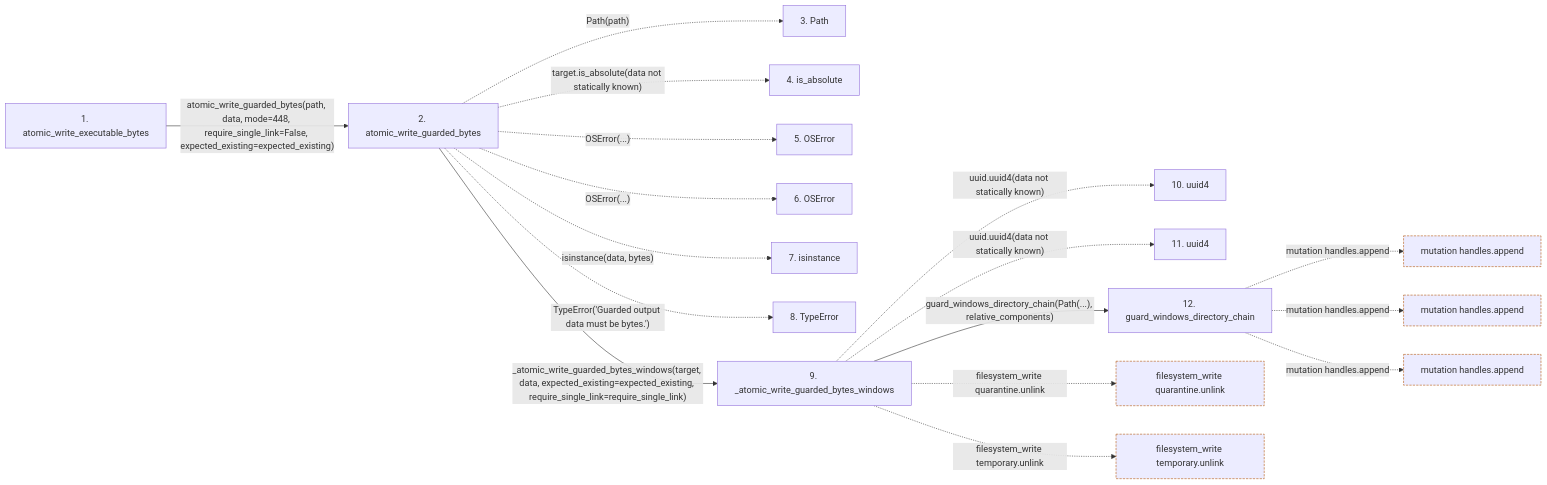
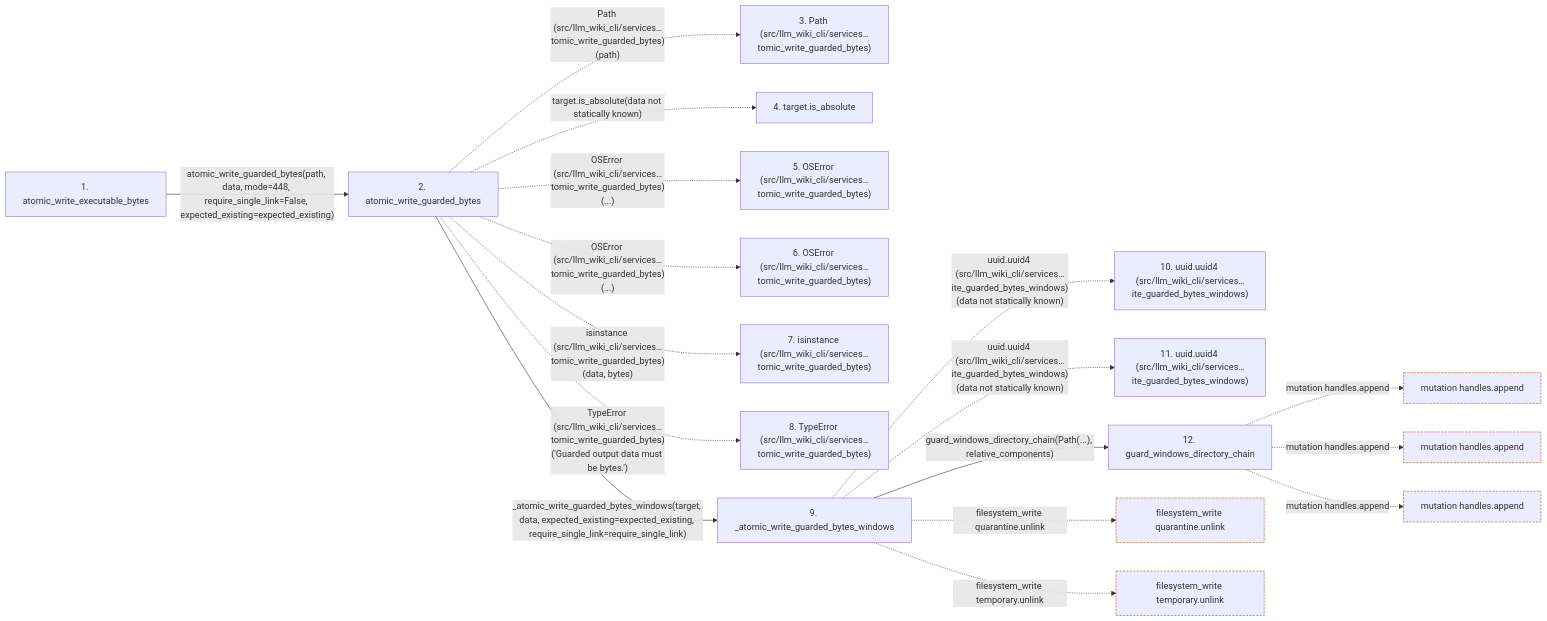
The second of 2 diagrams in docs/llm_wiki/flows/api-atomic_write_executable_bytes.md (Denissvgn/python-wiki-llm), drawn with Mermaid before and after one commit. The commit also changed other lines of this file and 719 other files, not shown here.

````diff
--- a/docs/llm_wiki/flows/api-atomic_write_executable_bytes.md
+++ b/docs/llm_wiki/flows/api-atomic_write_executable_bytes.md
@@ -74,46 +77,46 @@
 ```mermaid
 flowchart LR
     s1["1. atomic_write_executable_bytes"]
     s2["2. atomic_write_guarded_bytes"]
-    s3["3. Path"]
-    s4["4. is_absolute"]
-    s5["5. OSError"]
-    s6["6. OSError"]
-    s7["7. isinstance"]
-    s8["8. TypeError"]
+    s3["3. Path (src/llm_wiki_cli/services…tomic_write_guarded_bytes)"]
+    s4["4. target.is_absolute"]
+    s5["5. OSError (src/llm_wiki_cli/services…tomic_write_guarded_bytes)"]
+    s6["6. OSError (src/llm_wiki_cli/services…tomic_write_guarded_bytes)"]
+    s7["7. isinstance (src/llm_wiki_cli/services…tomic_write_guarded_bytes)"]
+    s8["8. TypeError (src/llm_wiki_cli/services…tomic_write_guarded_bytes)"]
     s9["9. _atomic_write_guarded_bytes_windows"]
-    s10["10. uuid4"]
-    s11["11. uuid4"]
+    s10["10. uuid.uuid4 (src/llm_wiki_cli/services…ite_guarded_bytes_windows)"]
+    s11["11. uuid.uuid4 (src/llm_wiki_cli/services…ite_guarded_bytes_windows)"]
     s12["12. guard_windows_directory_chain"]
     s1 -->|"atomic_write_guarded_bytes(path, data, mode=448, require_single_link=False, expected_existing=expected_existing)"| s2
-    s2 -. "Path(path)" .-> s3
+    s2 -. "Path (src/llm_wiki_cli/services…tomic_write_guarded_bytes)(path)" .-> s3
     s2 -. "target.is_absolute(data not statically known)" .-> s4
-    s2 -. "OSError(...)" .-> s5
-    s2 -. "OSError(...)" .-> s6
-    s2 -. "isinstance(data, bytes)" .-> s7
-    s2 -. "TypeError('Guarded output data must be bytes.')" .-> s8
+    s2 -. "OSError (src/llm_wiki_cli/services…tomic_write_guarded_bytes)(...)" .-> s5
+    s2 -. "OSError (src/llm_wiki_cli/services…tomic_write_guarded_bytes)(...)" .-> s6
+    s2 -. "isinstance (src/llm_wiki_cli/services…tomic_write_guarded_bytes)(data, bytes)" .-> s7
+    s2 -. "TypeError (src/llm_wiki_cli/services…tomic_write_guarded_bytes)('Guarded output data must be bytes.')" .-> s8
     s2 -->|"_atomic_write_guarded_bytes_windows(target, data, expected_existing=expected_existing, require_single_link=require_single_link)"| s9
-    s9 -. "uuid.uuid4(data not statically known)" .-> s10
-    s9 -. "uuid.uuid4(data not statically known)" .-> s11
+    s9 -. "uuid.uuid4 (src/llm_wiki_cli/services…ite_guarded_bytes_windows)(data not statically known)" .-> s10
+    s9 -. "uuid.uuid4 (src/llm_wiki_cli/services…ite_guarded_bytes_windows)(data not statically known)" .-> s11
     s9 -->|"guard_windows_directory_chain(Path(...), relative_components)"| s12
     b0["filesystem_write quarantine.unlink"]
     s9 -. "filesystem_write quarantine.unlink" .-> b0
     b1["filesystem_write temporary.unlink"]
     s9 -. "filesystem_write temporary.unlink" .-> b1
     b2["mutation handles.append"]
     s12 -. "mutation handles.append" .-> b2
     b3["mutation handles.append"]
     s12 -. "mutation handles.append" .-> b3
     b4["mutation handles.append"]
     s12 -. "mutation handles.append" .-> b4
     click s1 "../modules/filesystem_guard.md"
     click s2 "../modules/filesystem_guard.md"
     click s9 "../modules/filesystem_guard.md"
     click s12 "../modules/filesystem_guard.md"
     classDef boundary stroke:#b45309,stroke-dasharray: 4 2
     class b0 boundary
     class b1 boundary
     class b2 boundary
     class b3 boundary
     class b4 boundary
 ```
````
